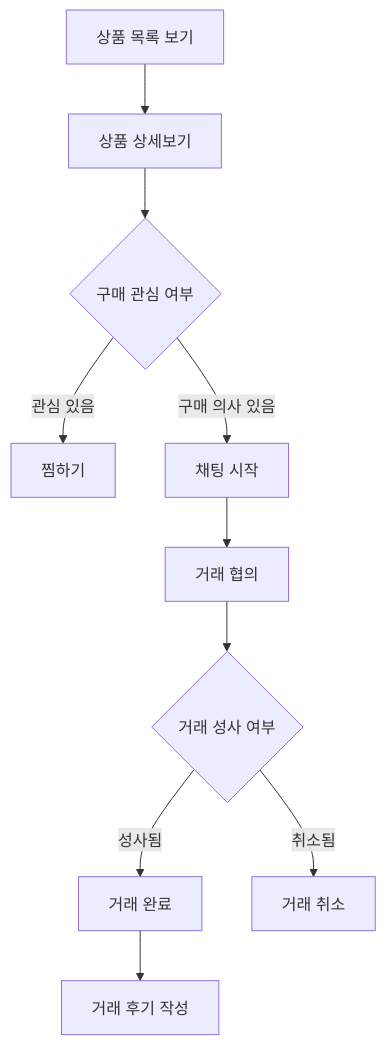
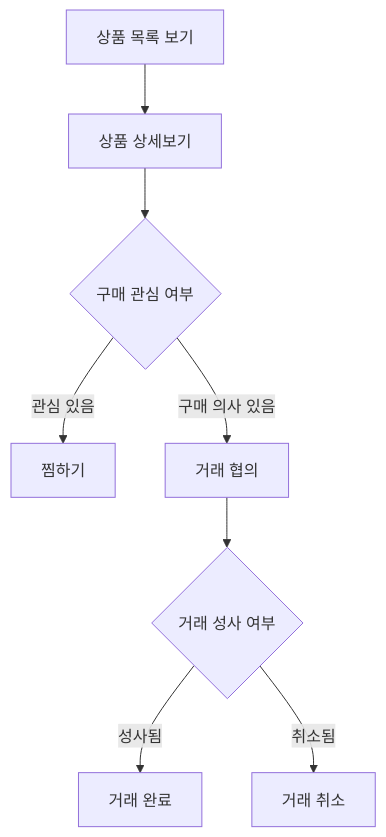
The second of 3 diagrams in docs/domain.md (oyushik/rookiejangter-web-market), drawn with Mermaid before and after one commit. The commit also changed other lines of this file and 1 other file, not shown here.

````diff
--- a/docs/domain.md
+++ b/docs/domain.md
@@ -82,12 +78,10 @@
 ```mermaid
 graph TD
     A[상품 목록 보기] --> B[상품 상세보기]
     B --> C{구매 관심 여부}
     C -->|관심 있음| D[찜하기]
-    C -->|구매 의사 있음| E[채팅 시작]
-    E --> F[거래 협의]
+    C -->|구매 의사 있음| F[거래 협의]
     F --> G{거래 성사 여부}
     G -->|성사됨| H[거래 완료]
     G -->|취소됨| I[거래 취소]
-    H --> J[거래 후기 작성]
 ```
````
